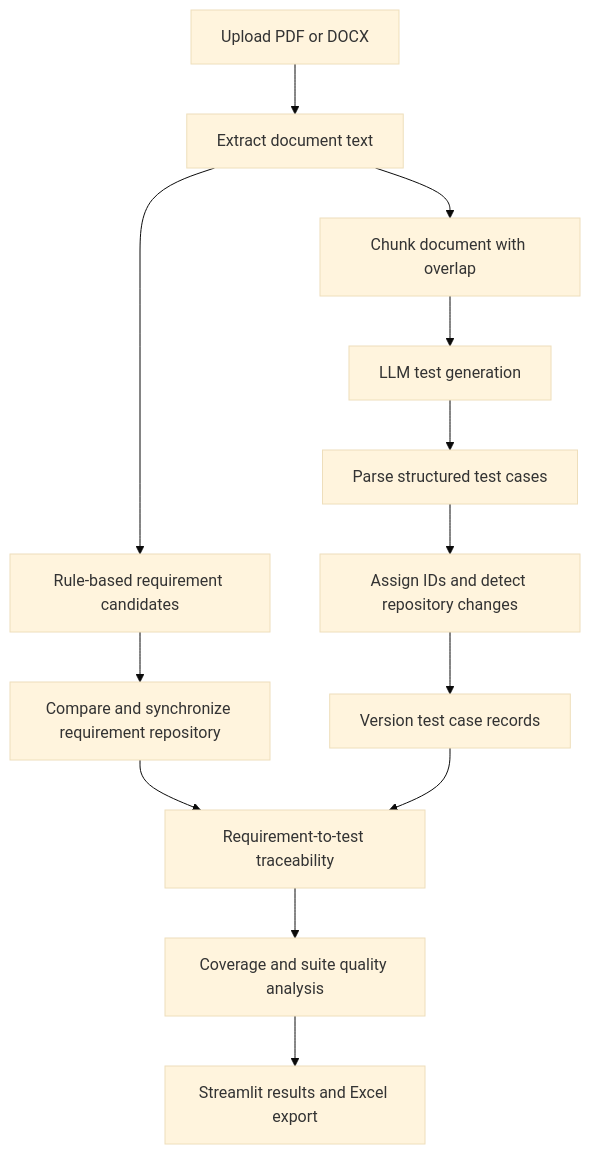
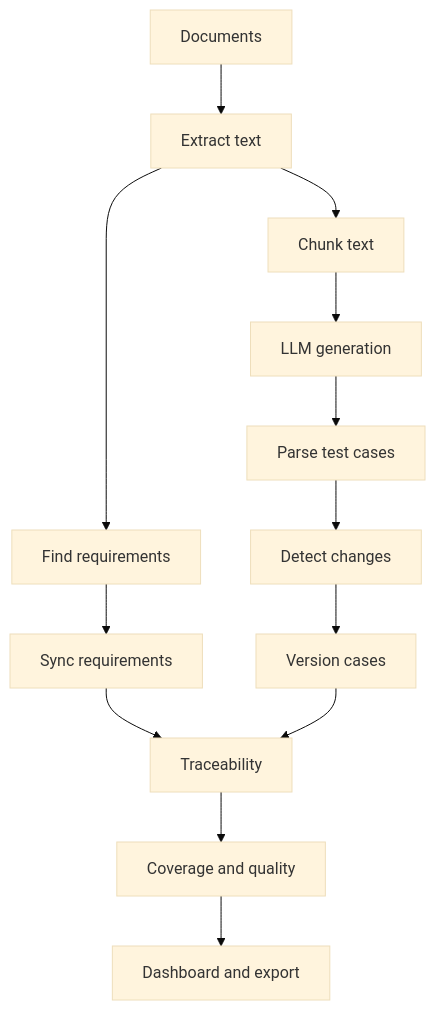
Before and after one commit to bbopaiahh/ai-quality-portfolio: the diagram in ai-assistants/02-rare-requirement-assistant/README.md, drawn with Mermaid (base theme).

Commit message:
Tighten RARE workflow diagram labels
Keep the architecture diagram readable at the GitHub README width.

````diff
--- a/ai-assistants/02-rare-requirement-assistant/README.md
+++ b/ai-assistants/02-rare-requirement-assistant/README.md
@@ -50,15 +50,15 @@
 ```mermaid
 flowchart TD
-    A[Upload PDF or DOCX] --> B[Extract document text]
-    B --> C[Rule-based requirement candidates]
-    C --> D[Compare and synchronize requirement repository]
-    B --> E[Chunk document with overlap]
-    E --> F[LLM test generation]
-    F --> G[Parse structured test cases]
-    G --> H[Assign IDs and detect repository changes]
-    H --> I[Version test case records]
-    D --> J[Requirement-to-test traceability]
+    A[Documents] --> B[Extract text]
+    B --> C[Find requirements]
+    C --> D[Sync requirements]
+    B --> E[Chunk text]
+    E --> F[LLM generation]
+    F --> G[Parse test cases]
+    G --> H[Detect changes]
+    H --> I[Version cases]
+    D --> J[Traceability]
     I --> J
-    J --> K[Coverage and suite quality analysis]
-    K --> L[Streamlit results and Excel export]
+    J --> K[Coverage and quality]
+    K --> L[Dashboard and export]
 ```
````
